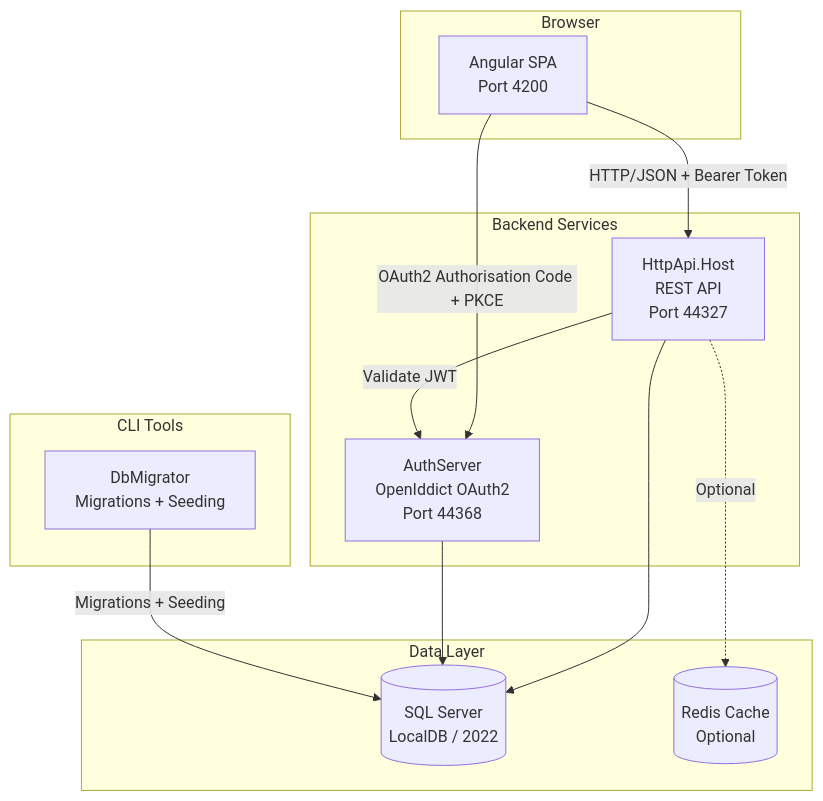
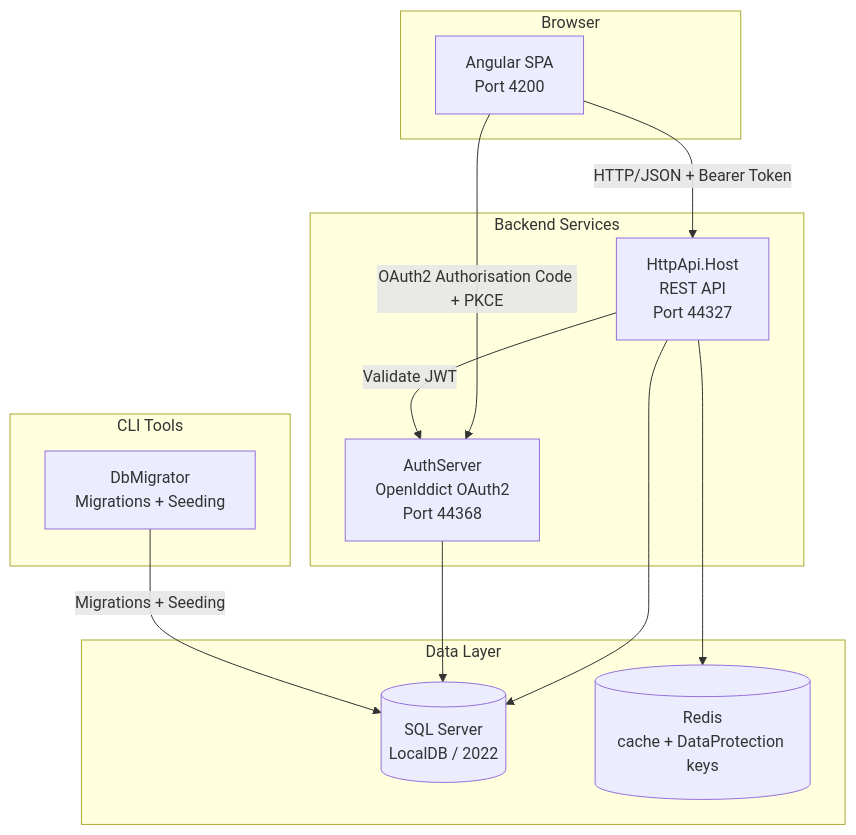
The first of 3 diagrams in README.md (gesco-healthcare-support/hcs-patient-portal), drawn with Mermaid before and after one commit. The commit also changed other lines of this file, not shown here.

First line of the commit message:
docs(readme): correct the claim that Redis is optional

````diff
--- a/README.md
+++ b/README.md
@@ -170,28 +186,28 @@
 ```mermaid
 flowchart TB
     subgraph Browser["Browser"]
         Angular["Angular SPA<br/>Port 4200"]
     end
 
     subgraph Backend["Backend Services"]
         API["HttpApi.Host<br/>REST API<br/>Port 44327"]
         Auth["AuthServer<br/>OpenIddict OAuth2<br/>Port 44368"]
     end
 
     subgraph Data["Data Layer"]
         SQL[("SQL Server<br/>LocalDB / 2022")]
-        Redis[("Redis Cache<br/>Optional")]
+        Redis[("Redis<br/>cache + DataProtection keys")]
     end
 
     subgraph Tools["CLI Tools"]
         Migrator["DbMigrator<br/>Migrations + Seeding"]
     end
 
     Angular -->|"HTTP/JSON + Bearer Token"| API
     Angular -->|"OAuth2 Authorisation Code + PKCE"| Auth
     API -->|"Validate JWT"| Auth
     API --> SQL
-    API -.->|"Optional"| Redis
+    API --> Redis
     Auth --> SQL
     Migrator -->|"Migrations + Seeding"| SQL
 ```
````
